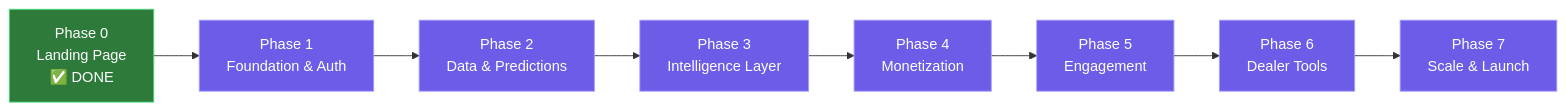
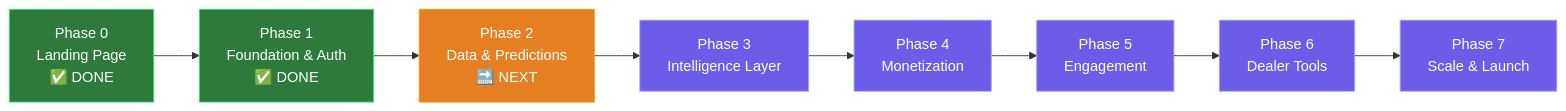
Before and after one commit to harshita-that/bidsmartai: the second of 2 diagrams in docs/multiphase_plan.md, drawn with Mermaid. The commit also changed other lines of this file, not shown here.

Commit message:
docs: update multiphase plan - Phase 0 and 1 complete

````diff
--- a/docs/multiphase_plan.md
+++ b/docs/multiphase_plan.md
@@ -74,19 +74,19 @@
 ```mermaid
 graph LR
-    P0["Phase 0<br/>Landing Page<br/>✅ DONE"] --> P1["Phase 1<br/>Foundation & Auth"]
-    P1 --> P2["Phase 2<br/>Data & Predictions"]
+    P0["Phase 0<br/>Landing Page<br/>✅ DONE"] --> P1["Phase 1<br/>Foundation & Auth<br/>✅ DONE"]
+    P1 --> P2["Phase 2<br/>Data & Predictions<br/>🔜 NEXT"]
     P2 --> P3["Phase 3<br/>Intelligence Layer"]
     P3 --> P4["Phase 4<br/>Monetization"]
     P4 --> P5["Phase 5<br/>Engagement"]
     P5 --> P6["Phase 6<br/>Dealer Tools"]
     P6 --> P7["Phase 7<br/>Scale & Launch"]
 
     style P0 fill:#2d7a3a,stroke:#4ade80,color:#fff
-    style P1 fill:#6c5ce7,stroke:#a29bfe,color:#fff
-    style P2 fill:#6c5ce7,stroke:#a29bfe,color:#fff
+    style P1 fill:#2d7a3a,stroke:#4ade80,color:#fff
+    style P2 fill:#e67e22,stroke:#f39c12,color:#fff
     style P3 fill:#6c5ce7,stroke:#a29bfe,color:#fff
     style P4 fill:#6c5ce7,stroke:#a29bfe,color:#fff
     style P5 fill:#6c5ce7,stroke:#a29bfe,color:#fff
     style P6 fill:#6c5ce7,stroke:#a29bfe,color:#fff
     style P7 fill:#6c5ce7,stroke:#a29bfe,color:#fff
 ```
````
